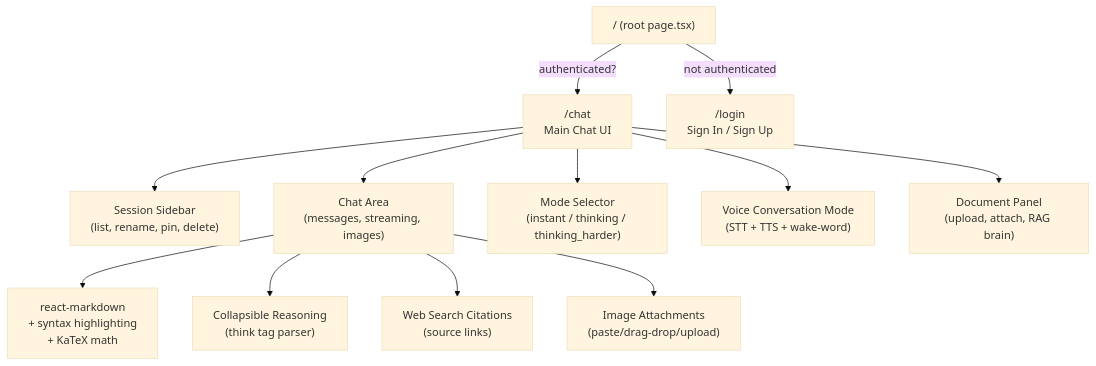
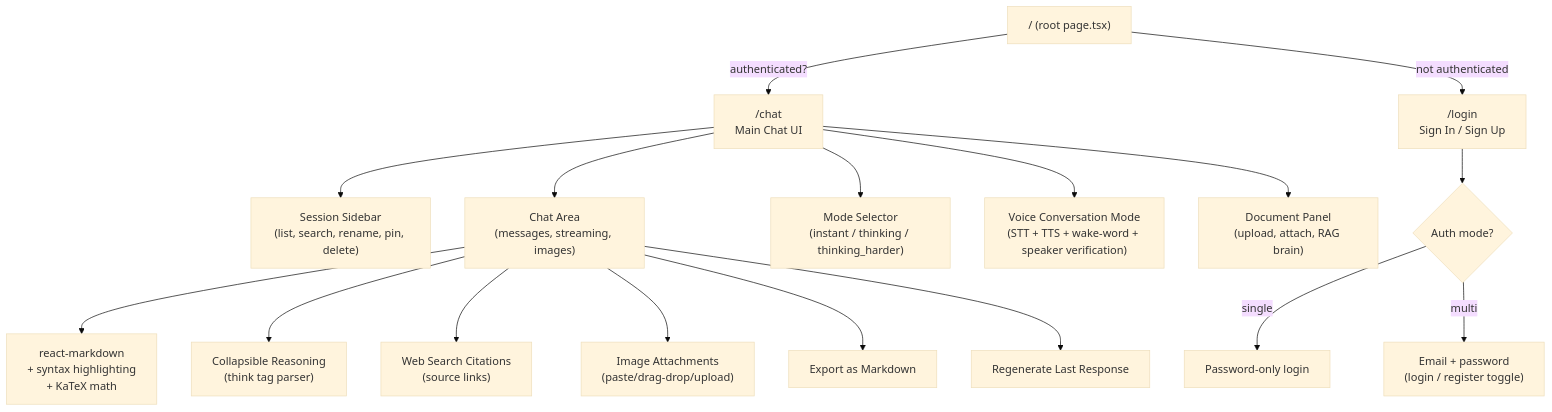
Before and after one commit to Jimmy6929/Molebie_AI: the tenth of 12 diagrams in full_system_architecture_map_730d3d3f.plan.md, drawn with Mermaid (base theme). The commit also changed other lines of this file, not shown here.

````diff
--- a/full_system_architecture_map_730d3d3f.plan.md
+++ b/full_system_architecture_map_730d3d3f.plan.md
@@ -503,17 +579,23 @@
 ```mermaid
 flowchart TD
     Root["/ (root page.tsx)"]
     Root -->|"authenticated?"| Chat["/chat\nMain Chat UI"]
     Root -->|"not authenticated"| Login["/login\nSign In / Sign Up"]
 
-    Chat --> Sidebar["Session Sidebar\n(list, rename, pin, delete)"]
+    Login --> AuthMode{"Auth mode?"}
+    AuthMode -->|"single"| SingleAuth["Password-only login"]
+    AuthMode -->|"multi"| MultiAuth["Email + password\n(login / register toggle)"]
+
+    Chat --> Sidebar["Session Sidebar\n(list, search, rename, pin, delete)"]
     Chat --> ChatArea["Chat Area\n(messages, streaming, images)"]
     Chat --> ModeSelect["Mode Selector\n(instant / thinking / thinking_harder)"]
-    Chat --> VoiceMode["Voice Conversation Mode\n(STT + TTS + wake-word)"]
+    Chat --> VoiceMode["Voice Conversation Mode\n(STT + TTS + wake-word + speaker verification)"]
     Chat --> DocPanel["Document Panel\n(upload, attach, RAG brain)"]
 
     ChatArea --> Markdown["react-markdown\n+ syntax highlighting\n+ KaTeX math"]
     ChatArea --> ThinkBlock["Collapsible Reasoning\n(think tag parser)"]
     ChatArea --> Sources["Web Search Citations\n(source links)"]
     ChatArea --> ImageView["Image Attachments\n(paste/drag-drop/upload)"]
+    ChatArea --> Export["Export as Markdown"]
+    ChatArea --> Regen["Regenerate Last Response"]
 ```
````
